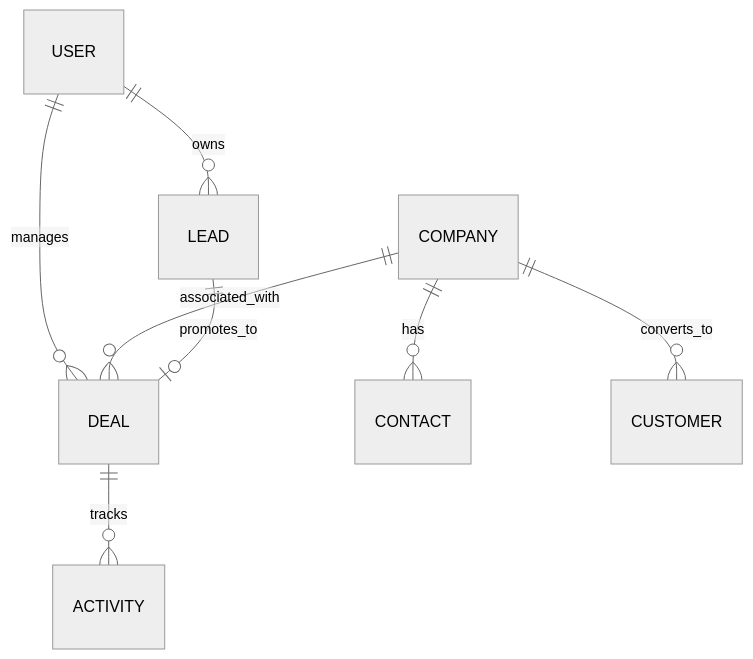
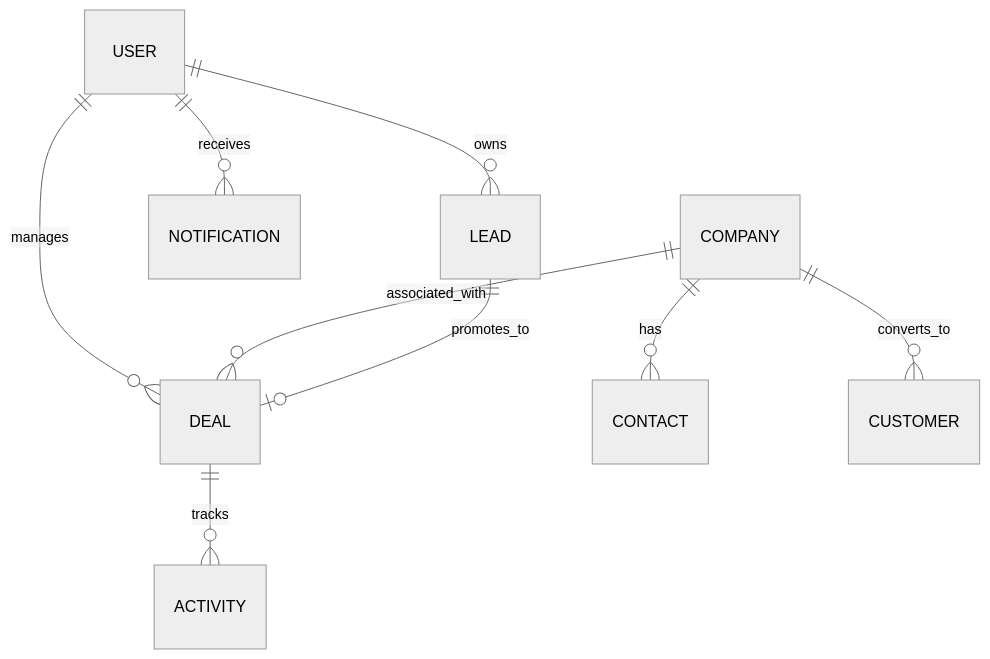
Before and after one commit to sid0803/thevertical-revops: the second of 2 diagrams in README.md, drawn with Mermaid (neutral theme). The commit also changed other lines of this file, not shown here.

Commit message:
docs: upgrade README.md to FAANG-style repository showcase with Mermaid diagrams, badges, and API matrix

````diff
--- a/README.md
+++ b/README.md
@@ -43,10 +54,11 @@
 ```mermaid
 erDiagram
     USER ||--o{ LEAD : "owns"
     USER ||--o{ DEAL : "manages"
+    USER ||--o{ NOTIFICATION : "receives"
     COMPANY ||--o{ CONTACT : "has"
     COMPANY ||--o{ CUSTOMER : "converts_to"
     COMPANY ||--o{ DEAL : "associated_with"
     LEAD ||--o| DEAL : "promotes_to"
     DEAL ||--o{ ACTIVITY : "tracks"
 ```
````
